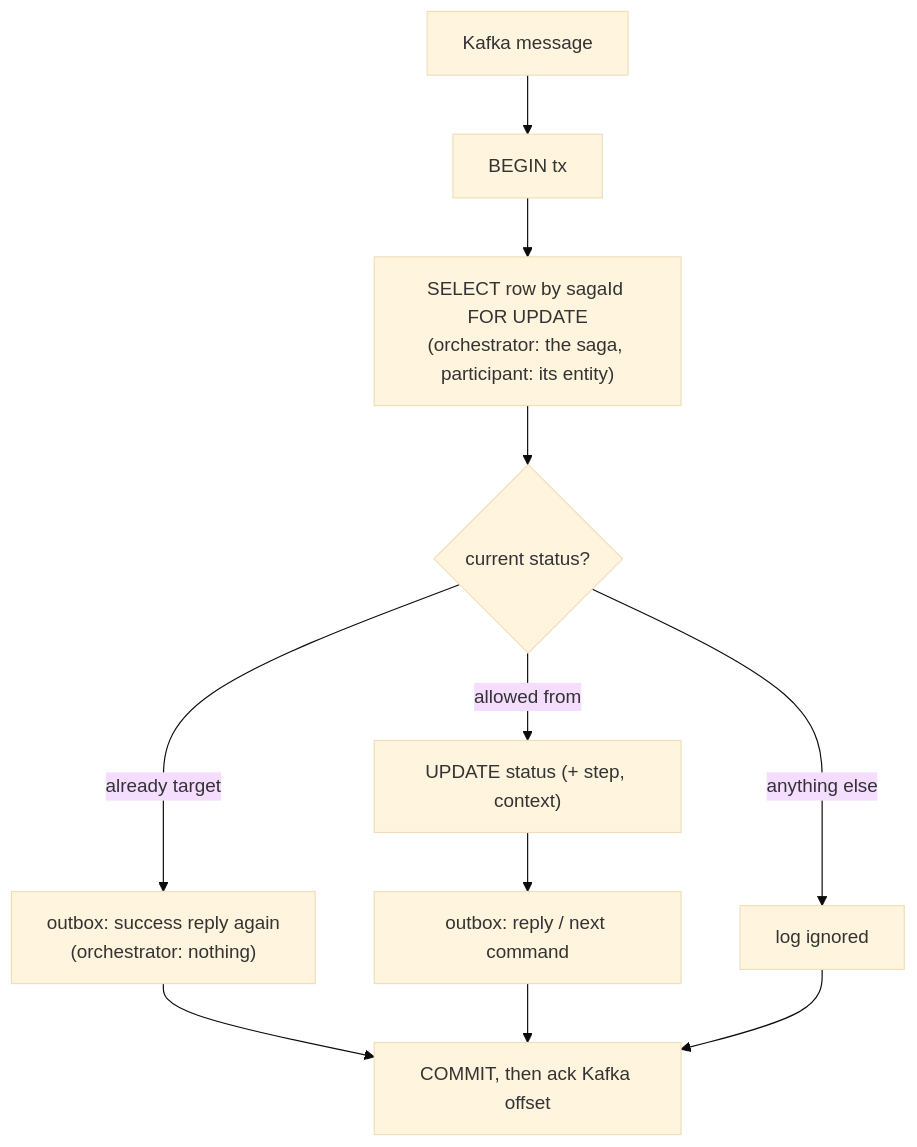
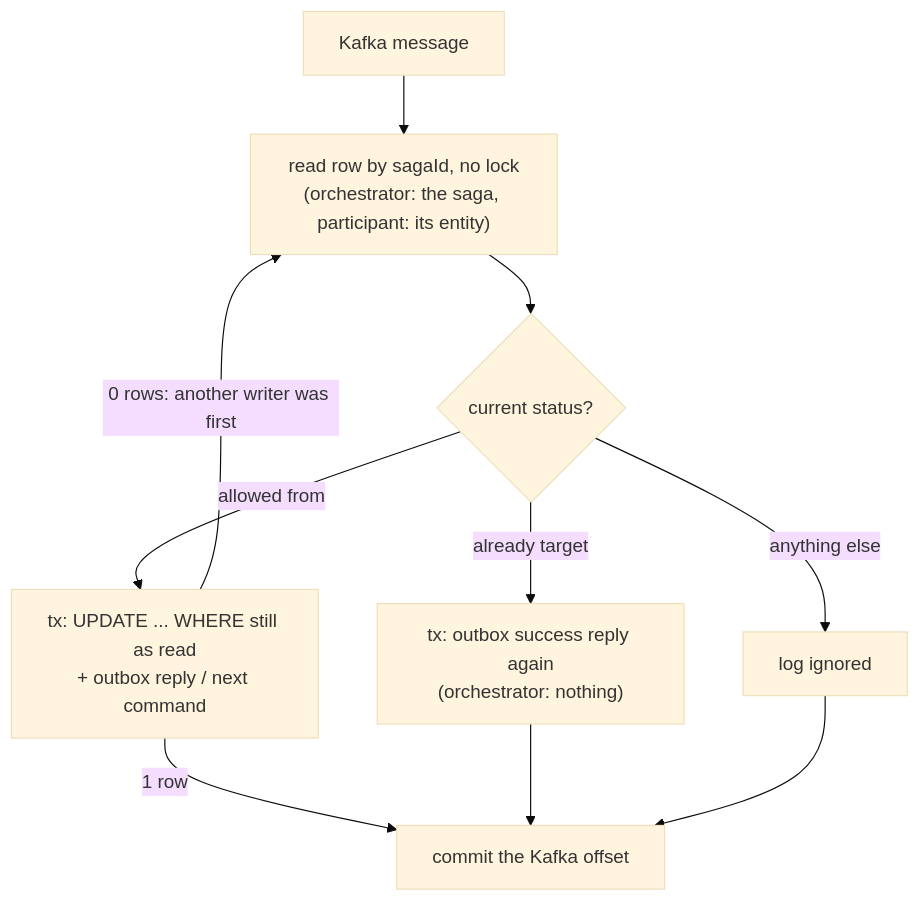
One commit to TranQuangPhong/hotel-booking-hexagon changed the fifth of 5 diagrams in doc/uc1-create-booking/flows.md. Above: the diagram before and after it, drawn with Mermaid (base theme). The commit also changed other lines of this file and 10 other files, not shown here.

````diff
--- a/doc/uc1-create-booking/flows.md
+++ b/doc/uc1-create-booking/flows.md
@@ -160,12 +164,12 @@
 ```mermaid
 flowchart TD
-    M["Kafka message"] --> T["BEGIN tx"]
-    T --> L["SELECT row by sagaId FOR UPDATE<br/>(orchestrator: the saga, participant: its entity)"]
+    M["Kafka message"] --> L["read row by sagaId, no lock<br/>(orchestrator: the saga, participant: its entity)"]
     L --> X{"current status?"}
-    X -- "already target" --> RE["outbox: success reply again<br/>(orchestrator: nothing)"]
-    X -- "allowed from" --> U["UPDATE status (+ step, context)"] --> OB["outbox: reply / next command"]
+    X -- "already target" --> RE["tx: outbox success reply again<br/>(orchestrator: nothing)"]
+    X -- "allowed from" --> U["tx: UPDATE ... WHERE still as read<br/>+ outbox reply / next command"]
     X -- "anything else" --> IG["log ignored"]
-    RE --> CM["COMMIT, then ack Kafka offset"]
-    OB --> CM
+    U -- "0 rows: another writer was first" --> L
+    U -- "1 row" --> CM["commit the Kafka offset"]
+    RE --> CM
     IG --> CM
 ```
````
